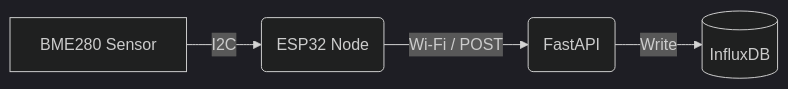
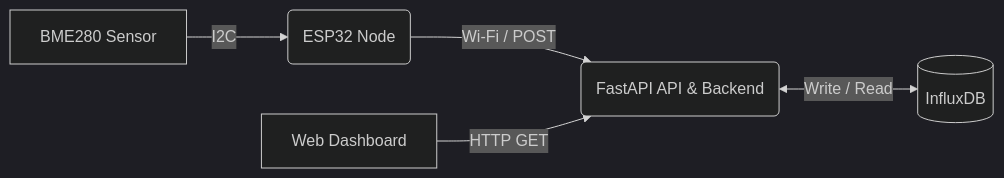
One commit to TytoAlbaGuttata/tyto-api changed the diagram in README.md. Above: the diagram before and after it, drawn with Mermaid (dark theme). The commit also changed other lines of this file and 1 other file, not shown here.

````diff
--- a/README.md
+++ b/README.md
@@ -10,6 +10,8 @@
 ```mermaid
 graph LR
     A[BME280 Sensor] -->|I2C| B(ESP32 Node)
-    B -->|Wi-Fi / POST| C(FastAPI)
-    C -->|Write| D[(InfluxDB)]
+    B -->|Wi-Fi / POST| C(FastAPI API & Backend)
+    C <-->|Write / Read| D[(InfluxDB)]
+    E[Web Dashboard] -->|HTTP GET| C
+
 ```
````
